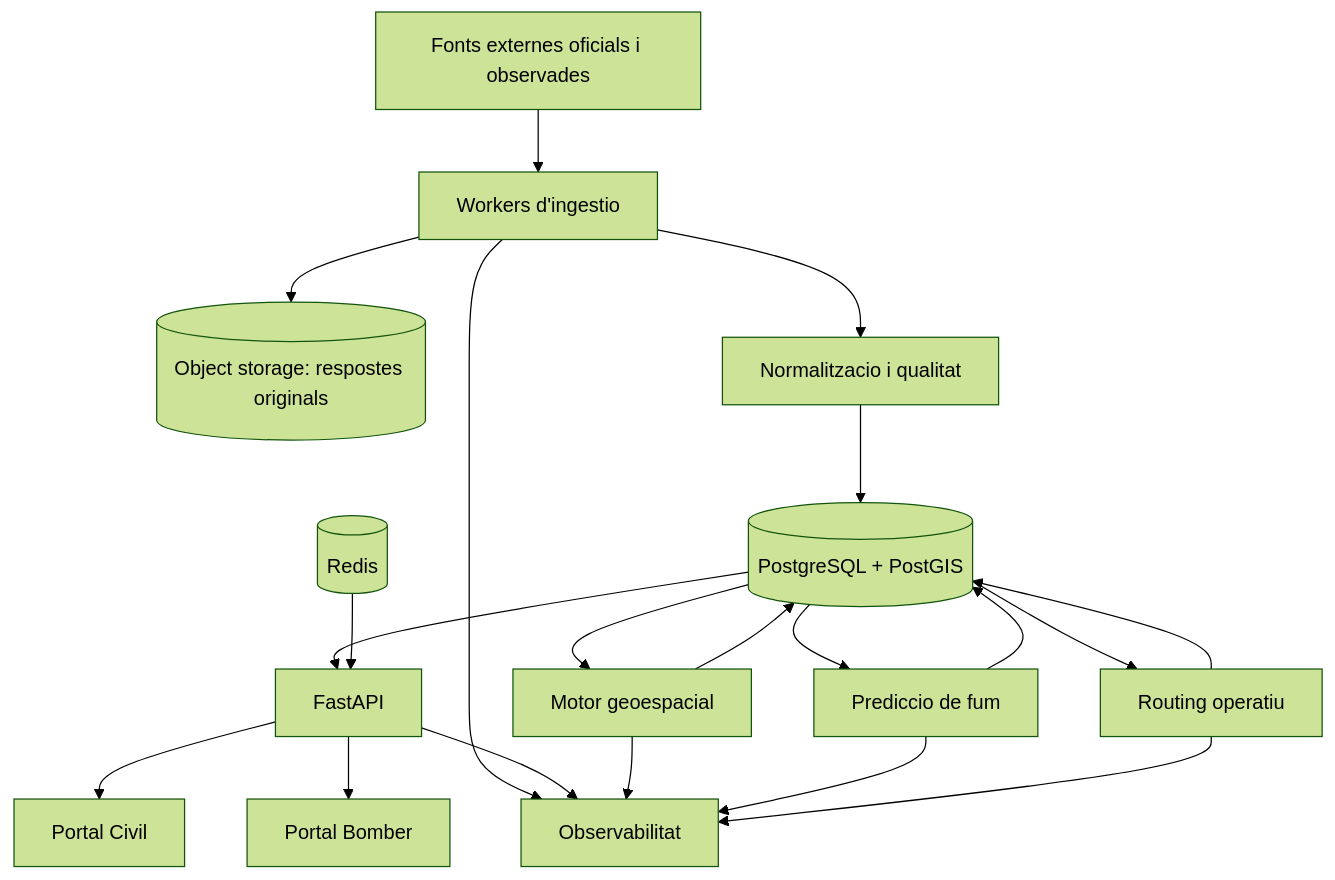
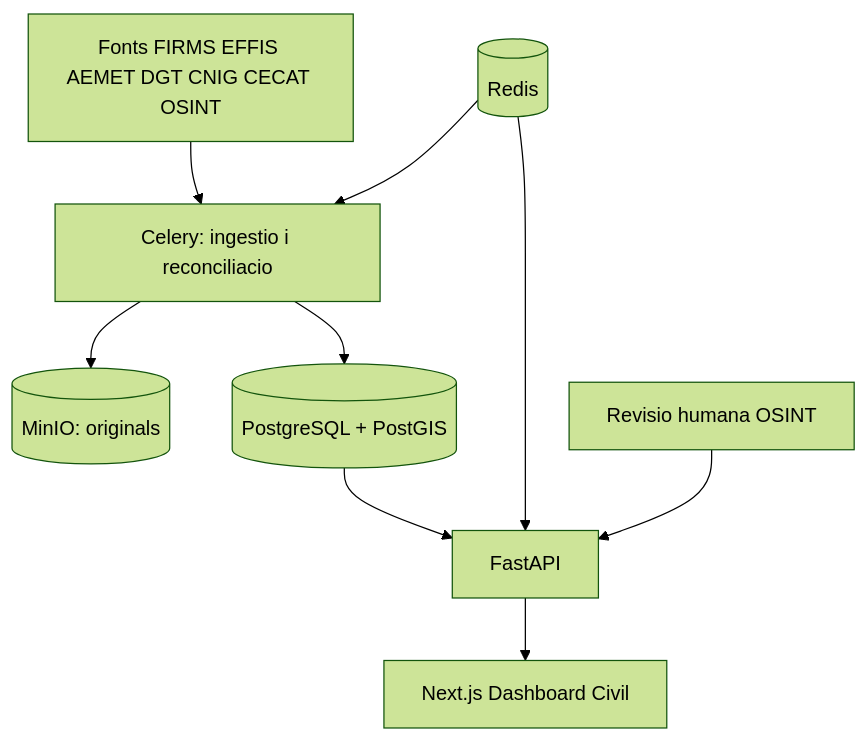
One commit to PabloCalomardo/Incendis_Forestals changed the diagram in docs/architecture/overview.md. Above: the diagram before and after it, drawn with Mermaid (forest theme). The commit also changed other lines of this file and 71 other files, not shown here.

````diff
--- a/docs/architecture/overview.md
+++ b/docs/architecture/overview.md
@@ -23,36 +7,20 @@
 ```mermaid
 flowchart TB
-    sources[Fonts externes oficials i observades]
-    ingestion[Workers d'ingestio]
-    raw[(Object storage: respostes originals)]
-    normalization[Normalitzacio i qualitat]
+    sources[Fonts FIRMS EFFIS AEMET DGT CNIG CECAT OSINT]
+    workers[Celery: ingestio i reconciliacio]
+    raw[(MinIO: originals)]
     db[(PostgreSQL + PostGIS)]
     redis[(Redis)]
     api[FastAPI]
-    civil[Portal Civil]
-    bomber[Portal Bomber]
-    gis[Motor geoespacial]
-    smoke[Prediccio de fum]
-    routing[Routing operatiu]
-    monitoring[Observabilitat]
+    civil[Next.js Dashboard Civil]
+    review[Revisio humana OSINT]
 
-    sources --> ingestion
-    ingestion --> raw
-    ingestion --> normalization
-    normalization --> db
+    sources --> workers
+    workers --> raw
+    workers --> db
     db --> api
+    redis --> workers
     redis --> api
     api --> civil
-    api --> bomber
-    db --> gis
-    gis --> db
-    db --> smoke
-    smoke --> db
-    db --> routing
-    routing --> db
-    ingestion --> monitoring
-    api --> monitoring
-    gis --> monitoring
-    smoke --> monitoring
-    routing --> monitoring
+    review --> api
 ```
````
